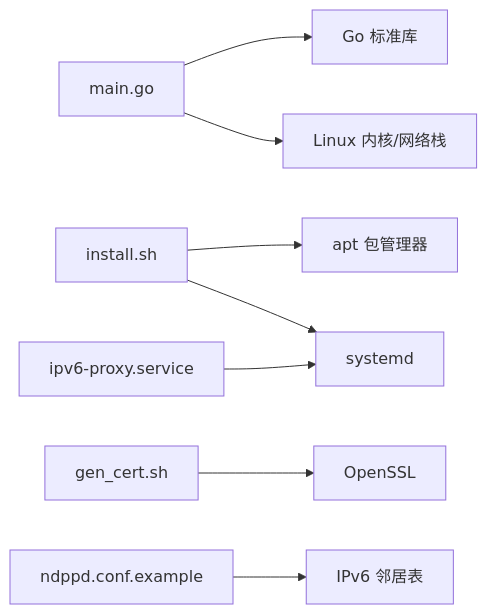
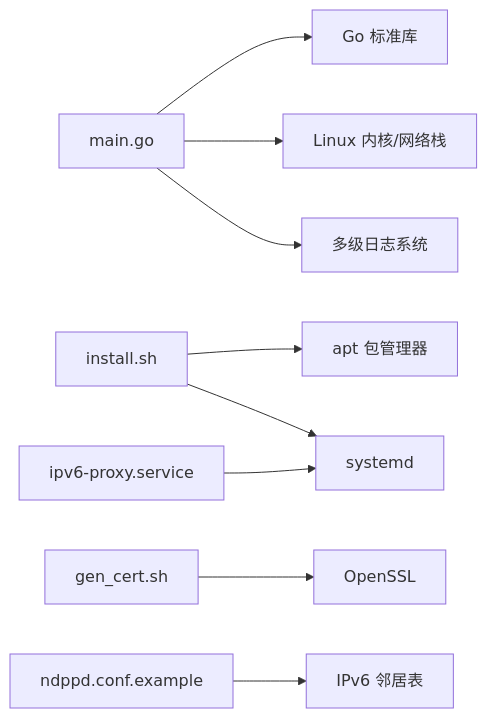
One commit to chuwang9964/ipv6-proxy-pool changed the fourth of 4 diagrams in .qoder/repowiki/zh/content/部署运维.md. Above: the diagram before and after it, drawn with Mermaid. The commit also changed other lines of this file and 22 other files, not shown here.

````diff
--- a/.qoder/repowiki/zh/content/部署运维.md
+++ b/.qoder/repowiki/zh/content/部署运维.md
@@ -245,10 +287,11 @@
 ```mermaid
 graph LR
 Main["main.go"] --> Stdlib["Go 标准库"]
 Main --> OS["Linux 内核/网络栈"]
+Main --> Logger["多级日志系统"]
 Install["install.sh"] --> Apt["apt 包管理器"]
 Install --> Systemd["systemd"]
 Cert["gen_cert.sh"] --> OpenSSL["OpenSSL"]
 Service["ipv6-proxy.service"] --> Systemd
 NDPPD["ndppd.conf.example"] --> Kernel["IPv6 邻居表"]
 ```
````
